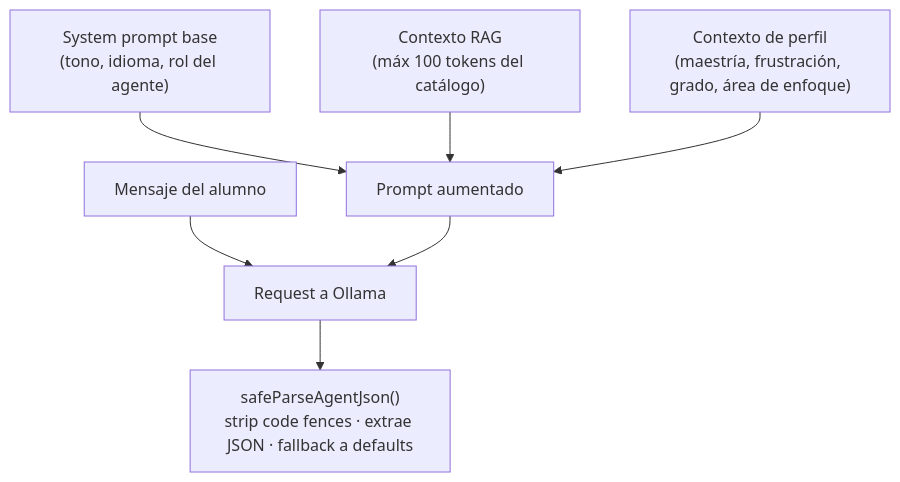
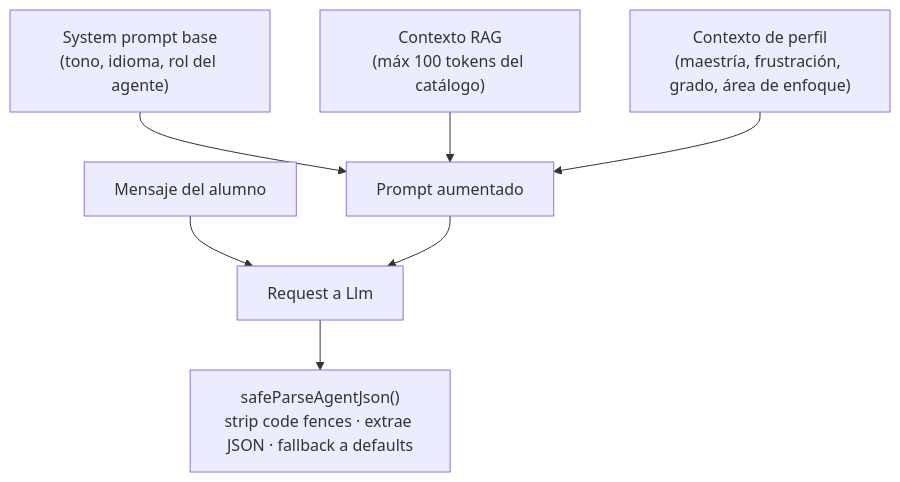
One commit to davidalejandro04/MiCuadernoApp changed diagram 22 of 25 in README.md. Above: the diagram before and after it, drawn with Mermaid. The commit also changed other lines of this file and 22 other files, not shown here.

First line of the commit message:
Add agent docs and rename Ollama → Llm

````diff
--- a/README.md
+++ b/README.md
@@ -622,15 +622,15 @@
 ```mermaid
 flowchart TD
     BASE2["System prompt base\n(tono, idioma, rol del agente)"]
     RAG_CTX["Contexto RAG\n(máx 100 tokens del catálogo)"]
     PROFILE_CTX["Contexto de perfil\n(maestría, frustración, grado, área de enfoque)"]
     USER2["Mensaje del alumno"]
 
     BASE2 --> MERGED["Prompt aumentado"]
     RAG_CTX --> MERGED
     PROFILE_CTX --> MERGED
-    USER2 --> FINAL["Request a Ollama"]
+    USER2 --> FINAL["Request a Llm"]
     MERGED --> FINAL
 
     FINAL --> PARSE["safeParseAgentJson()\nstrip code fences · extrae JSON · fallback a defaults"]
 ```
````
